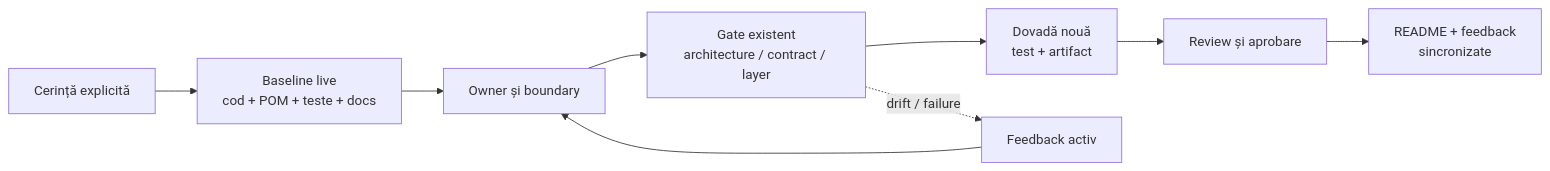
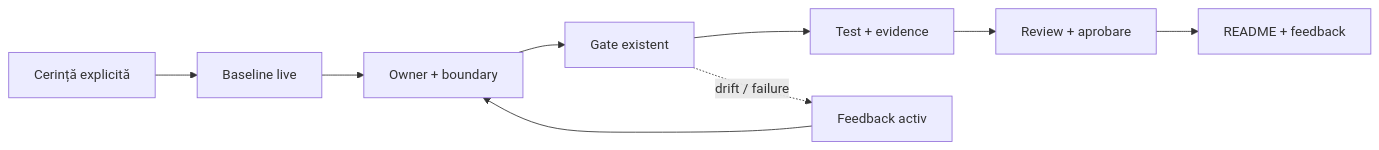
One commit to crististefanita/demo2 changed the sixth of 6 diagrams in README.md. Above: the diagram before and after it, drawn with Mermaid. The commit also changed other lines of this file and 132 other files, not shown here.

````diff
--- a/README.md
+++ b/README.md
@@ -270,15 +270,15 @@
 ```mermaid
 flowchart LR
     Request[Cerință explicită]
-    Baseline[Baseline live<br/>cod + POM + teste + docs]
-    Owner[Owner și boundary]
-    Gate[Gate existent<br/>architecture / contract / layer]
-    Evidence[Dovadă nouă<br/>test + artifact]
-    Review[Review și aprobare]
-    Sync[README + feedback<br/>sincronizate]
+    Baseline[Baseline live]
+    Owner[Owner + boundary]
+    Gate[Gate existent]
+    Evidence[Test + evidence]
+    Review[Review + aprobare]
+    Sync[README + feedback]
     Feedback[Feedback activ]
 
     Request --> Baseline --> Owner --> Gate --> Evidence --> Review --> Sync
     Gate -. drift / failure .-> Feedback
     Feedback --> Owner
 ```
````
